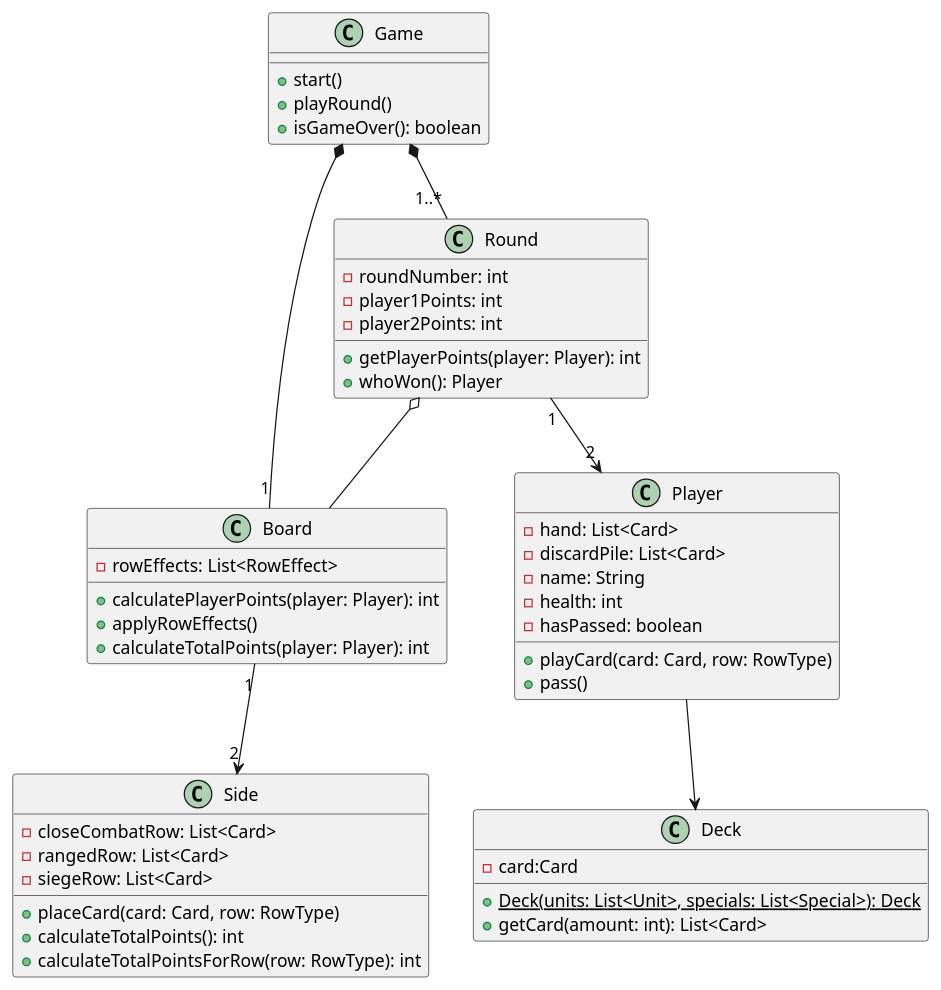
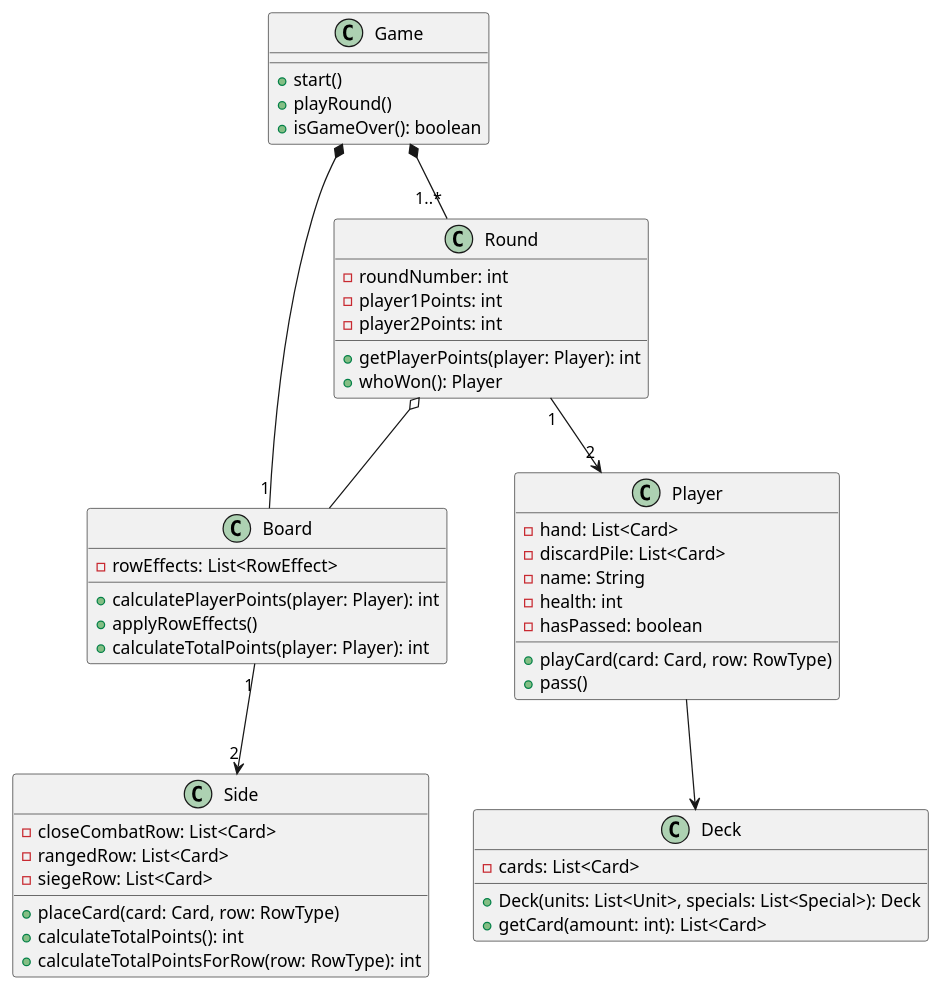
The diagram in diagrams/classes/game.plantuml (Yonhir/algo3_proyecto_base_tp2), drawn with PlantUML before and after one commit. The commit also changed 1 other file, not shown here.

Commit message:
Corrijo constructor y atributo en clase Deck

```diff
--- a/diagrams/classes/game.plantuml
+++ b/diagrams/classes/game.plantuml
@@ -1,74 +1,74 @@
 @startuml
 
 
 ' =====================
 ' DECK & PLAYER
 ' =====================
 class Deck {
-  -card:Card
-  {static} +Deck(units: List<Unit>, specials: List<Special>): Deck
+  -cards: List<Card>
+  +Deck(units: List<Unit>, specials: List<Special>): Deck
   +getCard(amount: int): List<Card>
 }
 
 class Player {
   -hand: List<Card>
   -discardPile: List<Card>
   -name: String
   -health: int
   -hasPassed: boolean
 ' -leader: LeaderCard
   +playCard(card: Card, row: RowType)
   +pass()
 '  +useLeaderAbility()
 }
 
 ' =====================
 ' GAME & BOARD
 ' =====================
 class Game {
   +start()
   +playRound()
   +isGameOver(): boolean
 }
 
 class Board {
   -rowEffects: List<RowEffect>
   +calculatePlayerPoints(player: Player): int
   +applyRowEffects()
   +calculateTotalPoints(player: Player): int
 }
 
 class Side {
   -closeCombatRow: List<Card>
   -rangedRow: List<Card>
   -siegeRow: List<Card>
   +placeCard(card: Card, row: RowType)
   +calculateTotalPoints(): int
   +calculateTotalPointsForRow(row: RowType): int
 }
 
 class Round {
   -roundNumber: int
   -player1Points: int
   -player2Points: int
   +getPlayerPoints(player: Player): int
   +whoWon(): Player
 }
 
 ' =====================
 ' RELATIONSHIPS
 ' =====================
 
 Game *-- "1..*" Round
 Game *-- "1" Board
 
 Round "1"-->"2" Player
 Round o-- Board
 
 Player --> Deck
 ' Player --> LeaderCard
 
 Board "1" --> "2" Side
 
 
 @enduml
```
